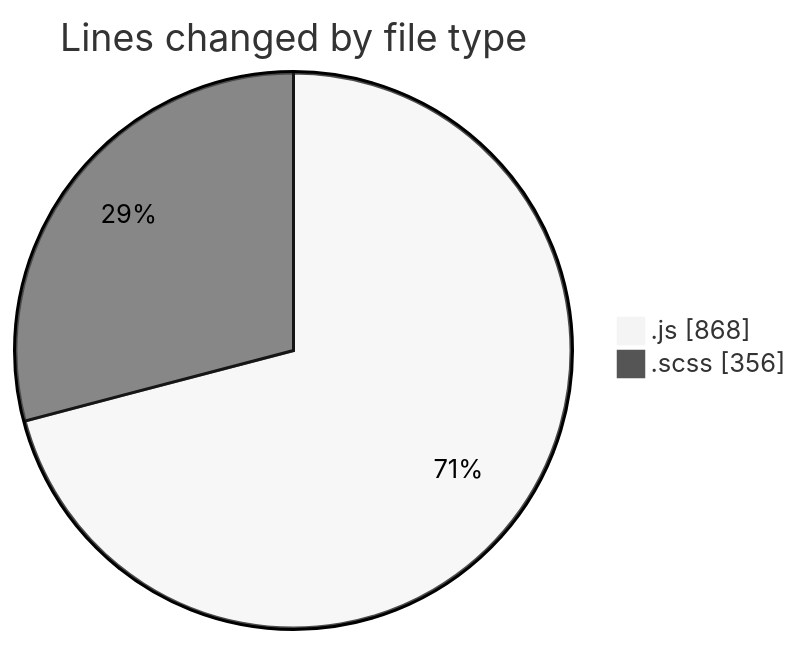
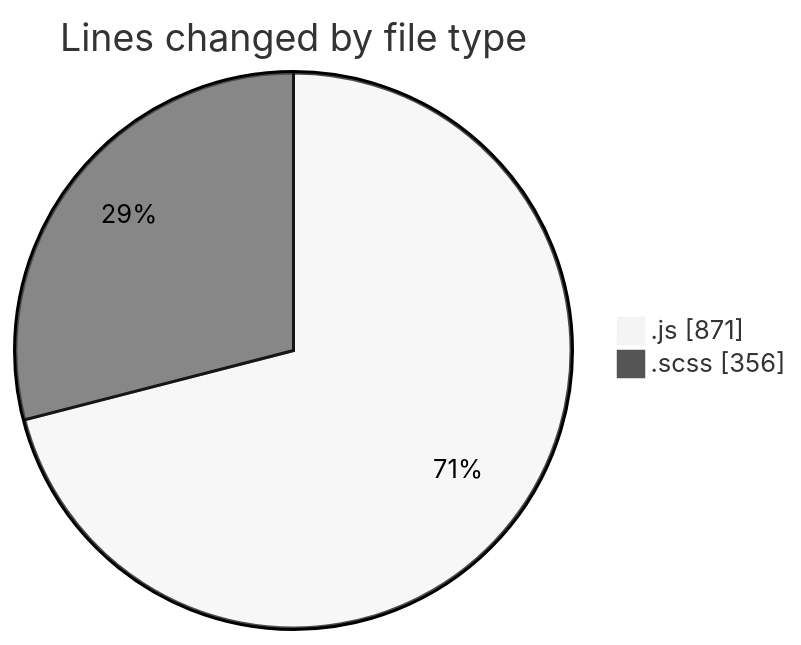
Before and after one commit to momahboobian/code-tracking: the first of 2 diagrams in 2026-01-05/cda/README.md, drawn with Mermaid (neutral theme). The commit also changed other lines of this file and 1 other file, not shown here.

````diff
--- a/2026-01-05/cda/README.md
+++ b/2026-01-05/cda/README.md
@@ -27,6 +27,6 @@
 ```mermaid
 pie showData
 title Lines changed by file type
-".js" : 868
+".js" : 871
 ".scss" : 356
 ```
````
